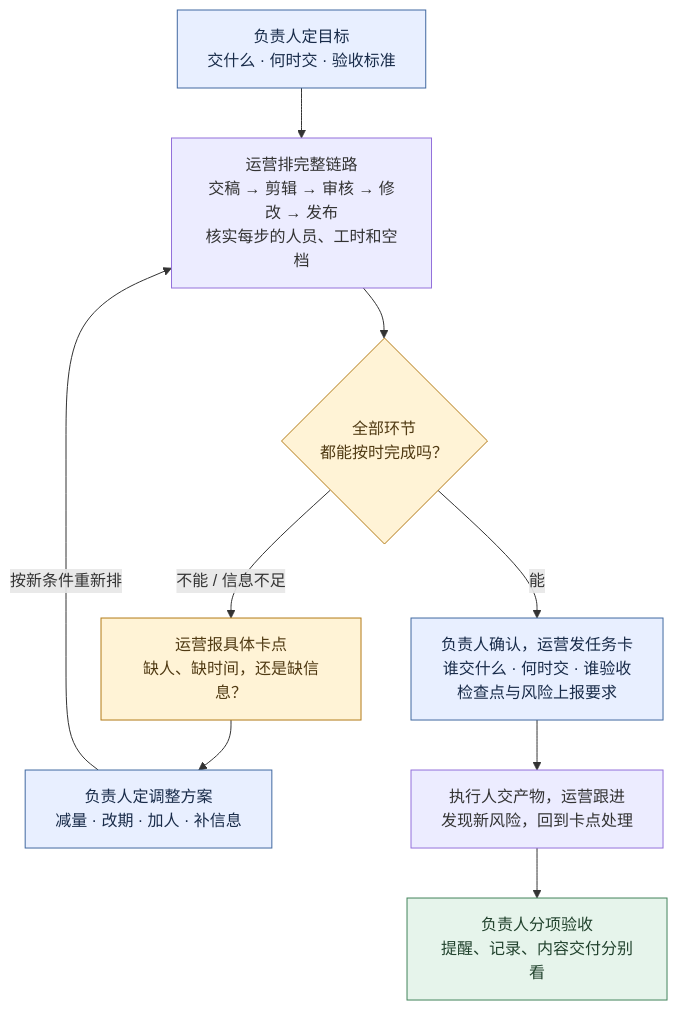
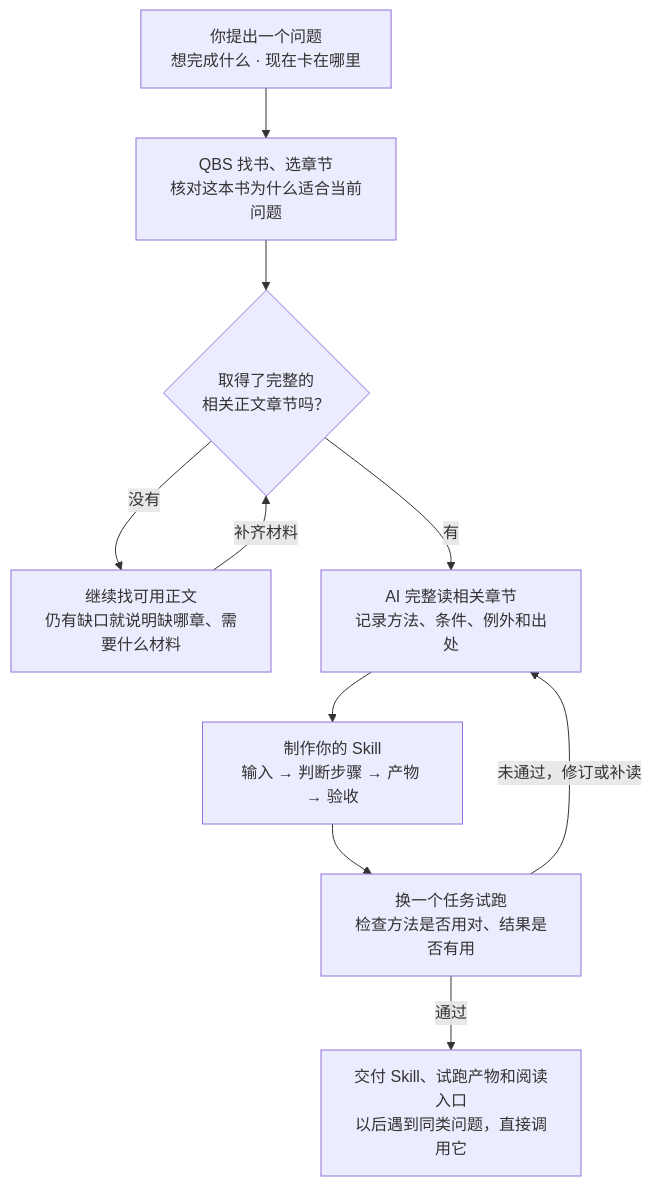
The diagram in README.md (LearnPrompt/qbs), drawn with Mermaid before and after one commit. The commit also changed other lines of this file and 5 other files, not shown here.

````diff
--- a/README.md
+++ b/README.md
@@ -93,17 +35,12 @@
 ```mermaid
 flowchart TD
-    A["负责人定目标<br/>交什么 · 何时交 · 验收标准"] --> B["运营排完整链路<br/>交稿 → 剪辑 → 审核 → 修改 → 发布<br/>核实每步的人员、工时和空档"]
-    B --> C{"全部环节<br/>都能按时完成吗？"}
-    C -- "不能 / 信息不足" --> D["运营报具体卡点<br/>缺人、缺时间，还是缺信息？"]
-    D --> E["负责人定调整方案<br/>减量 · 改期 · 加人 · 补信息"]
-    E -- "按新条件重新排" --> B
-    C -- "能" --> F["负责人确认，运营发任务卡<br/>谁交什么 · 何时交 · 谁验收<br/>检查点与风险上报要求"]
-    F --> G["执行人交产物，运营跟进<br/>发现新风险，回到卡点处理"]
-    G --> H["负责人分项验收<br/>提醒、记录、内容交付分别看"]
-    classDef lead fill:#e8efff,stroke:#4169a1,color:#182b49;
-    classDef decision fill:#fff3d6,stroke:#b37b17,color:#503a13;
-    classDef done fill:#e6f4eb,stroke:#43845b,color:#21422d;
-    class A,E,F lead;
-    class C,D decision;
-    class H done;
+    A["你提出一个问题<br/>想完成什么 · 现在卡在哪里"] --> B["QBS 找书、选章节<br/>核对这本书为什么适合当前问题"]
+    B --> C{"取得了完整的<br/>相关正文章节吗？"}
+    C -- "没有" --> D["继续找可用正文<br/>仍有缺口就说明缺哪章、需要什么材料"]
+    D -- "补齐材料" --> C
+    C -- "有" --> E["AI 完整读相关章节<br/>记录方法、条件、例外和出处"]
+    E --> F["制作你的 Skill<br/>输入 → 判断步骤 → 产物 → 验收"]
+    F --> G["换一个任务试跑<br/>检查方法是否用对、结果是否有用"]
+    G -- "未通过，修订或补读" --> E
+    G -- "通过" --> H["交付 Skill、试跑产物和阅读入口<br/>以后遇到同类问题，直接调用它"]
 ```
````
